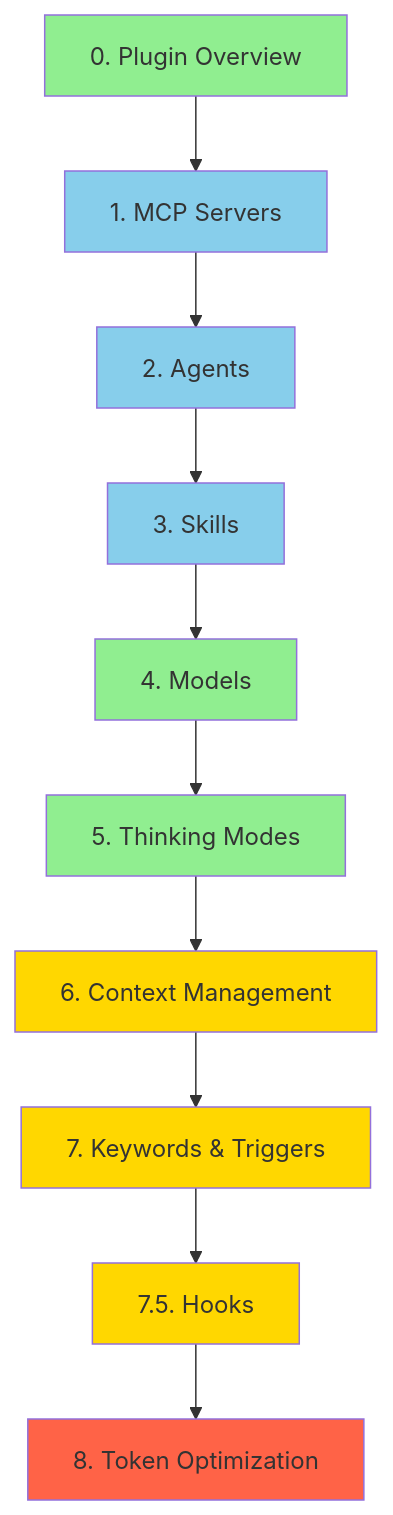
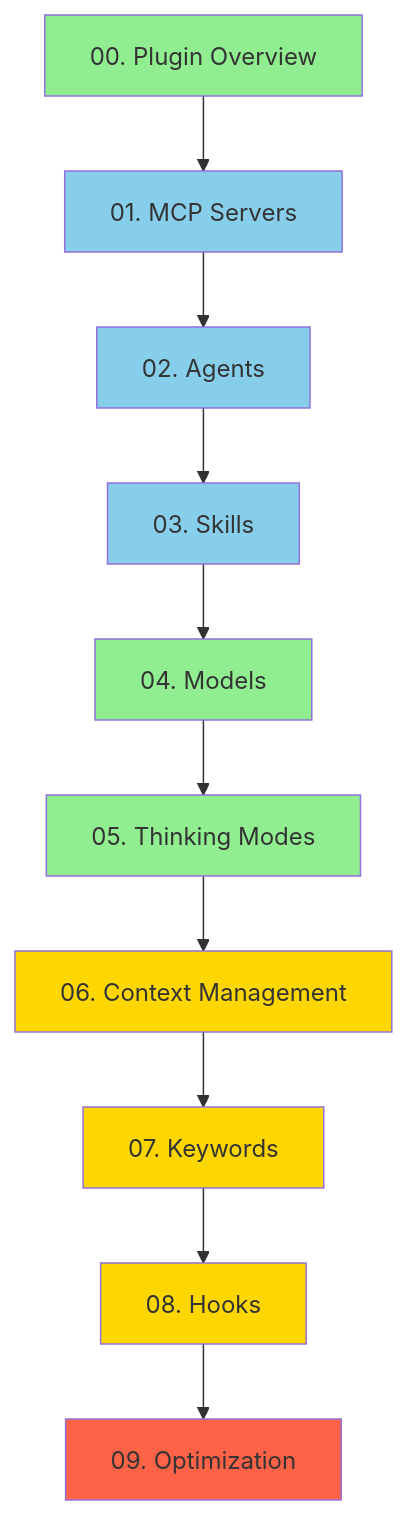
The first of 2 diagrams in TABLE_OF_CONTENTS.md (sxntixgo/claudecode-documentation), drawn with Mermaid before and after one commit. The commit also changed other lines of this file and 116 other files, not shown here.

````diff
--- a/TABLE_OF_CONTENTS.md
+++ b/TABLE_OF_CONTENTS.md
@@ -18,28 +18,28 @@
 ```mermaid
 graph TD
-    Z[0. Plugin Overview] --> A[1. MCP Servers]
-    A --> B[2. Agents]
-    B --> C[3. Skills]
-    C --> D[4. Models]
-    D --> E[5. Thinking Modes]
-    E --> F[6. Context Management]
-    F --> G[7. Keywords & Triggers]
-    G --> H[7.5. Hooks]
-    H --> I[8. Token Optimization]
+    Z[00. Plugin Overview] --> A[01. MCP Servers]
+    A --> B[02. Agents]
+    B --> C[03. Skills]
+    C --> D[04. Models]
+    D --> E[05. Thinking Modes]
+    E --> F[06. Context Management]
+    F --> G[07. Keywords]
+    G --> H[08. Hooks]
+    H --> I[09. Optimization]
 
     style Z fill:#90EE90
     style A fill:#87CEEB
     style B fill:#87CEEB
     style C fill:#87CEEB
     style D fill:#90EE90
     style E fill:#90EE90
     style F fill:#FFD700
     style G fill:#FFD700
     style H fill:#FFD700
     style I fill:#FF6347
 
     classDef beginner fill:#87CEEB
     classDef intermediate fill:#90EE90
     classDef advanced fill:#FFD700
     classDef mastery fill:#FF6347
 ```
````
